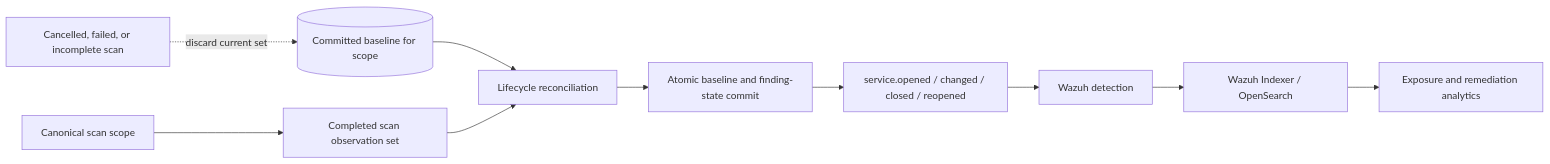
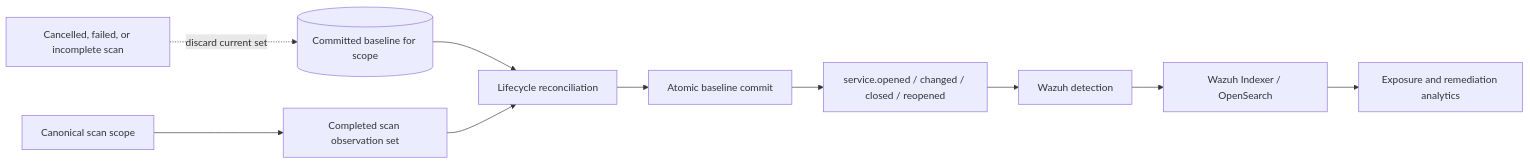
The second of 2 diagrams in ARCHITECTURE.md (CryToSky1324/TcpRecon), drawn with Mermaid before and after one commit. The commit also changed other lines of this file and 3 other files, not shown here.

````diff
--- a/ARCHITECTURE.md
+++ b/ARCHITECTURE.md
@@ -66,13 +91,13 @@
 ```mermaid
 flowchart LR
   Scope[Canonical scan scope] --> Scan[Completed scan observation set]
   Previous[(Committed baseline for scope)] --> Reconcile[Lifecycle reconciliation]
   Scan --> Reconcile
-  Reconcile --> Commit[Atomic baseline and finding-state commit]
+  Reconcile --> Commit[Atomic baseline commit]
   Commit --> Events[service.opened / changed / closed / reopened]
   Events --> Wazuh[Wazuh detection]
   Wazuh --> Indexer[Wazuh Indexer / OpenSearch]
   Indexer --> Dashboard[Exposure and remediation analytics]
 
   Failed[Cancelled, failed, or incomplete scan] -. discard current set .-> Previous
 ```
````
